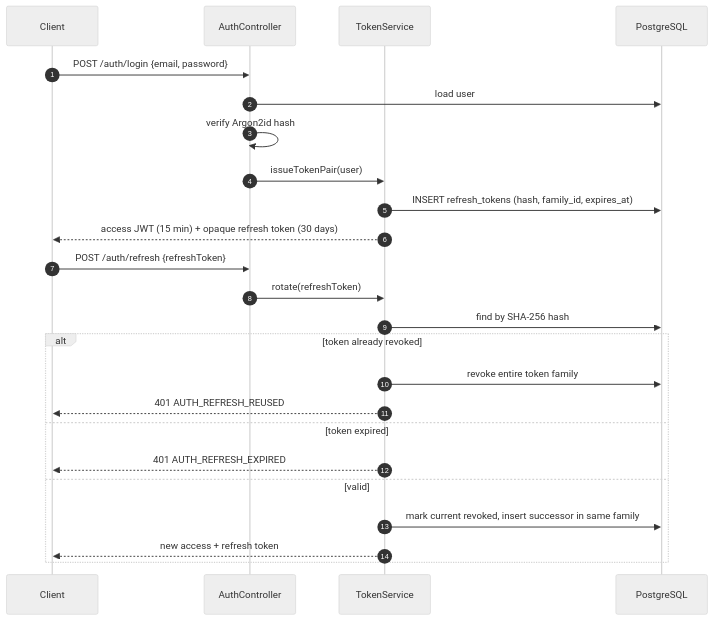
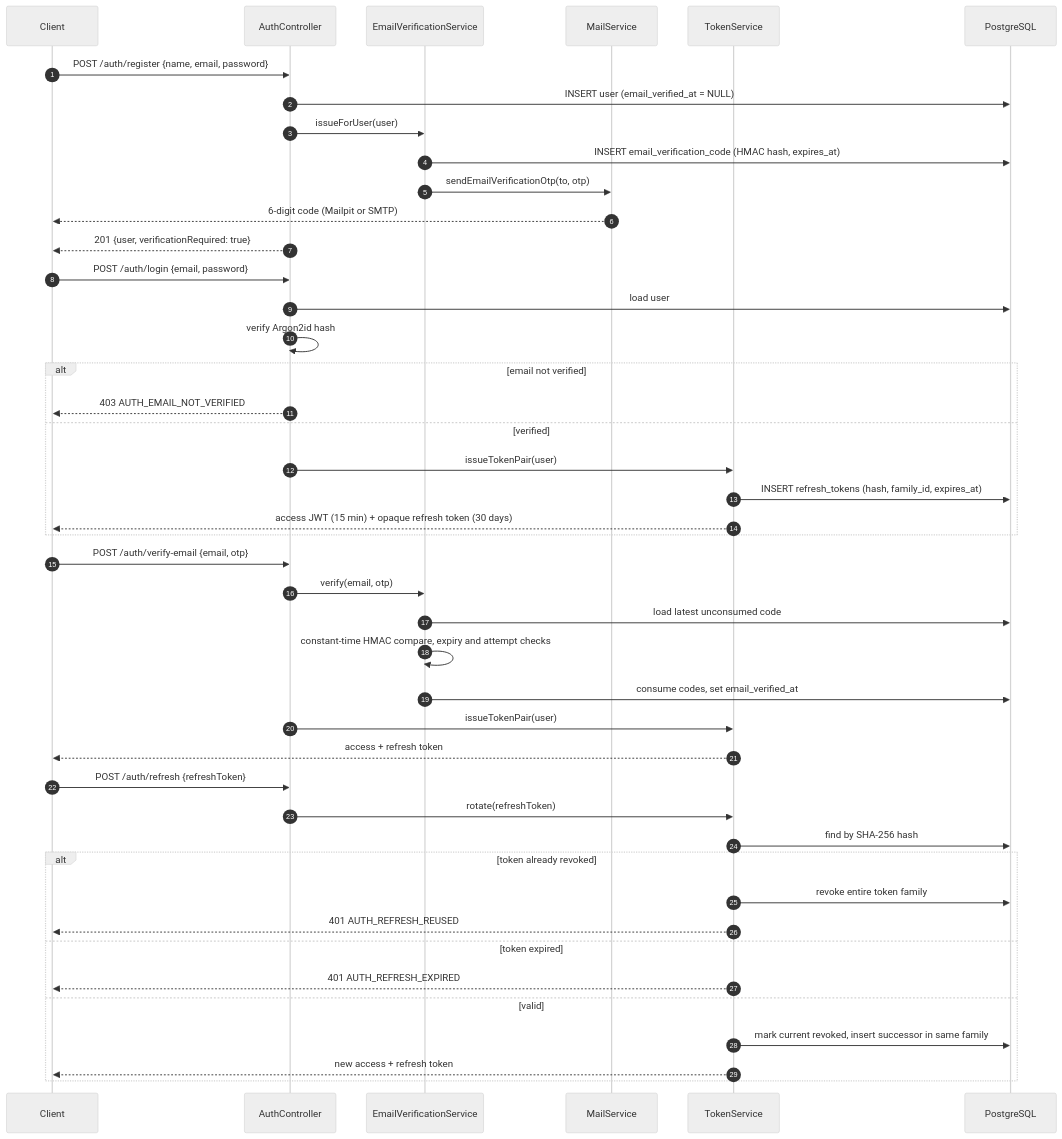
One commit to vikry28/medisense changed the third of 8 diagrams in infrastructure/doc/architecture.md. Above: the diagram before and after it, drawn with Mermaid (neutral theme). The commit also changed other lines of this file and 10 other files, not shown here.

First line of the commit message:
feat(auth): add email OTP verification and upgrade to Node 26

````diff
--- a/infrastructure/doc/architecture.md
+++ b/infrastructure/doc/architecture.md
@@ -242,28 +244,50 @@
 ```mermaid
 sequenceDiagram
   autonumber
   participant C as Client
   participant A as AuthController
+  participant V as EmailVerificationService
+  participant M as MailService
   participant T as TokenService
   participant P as PostgreSQL
+
+  C->>A: POST /auth/register {name, email, password}
+  A->>P: INSERT user (email_verified_at = NULL)
+  A->>V: issueForUser(user)
+  V->>P: INSERT email_verification_code (HMAC hash, expires_at)
+  V->>M: sendEmailVerificationOtp(to, otp)
+  M-->>C: 6-digit code (Mailpit or SMTP)
+  A-->>C: 201 {user, verificationRequired: true}
 
   C->>A: POST /auth/login {email, password}
   A->>P: load user
   A->>A: verify Argon2id hash
+  alt email not verified
+    A-->>C: 403 AUTH_EMAIL_NOT_VERIFIED
+  else verified
+    A->>T: issueTokenPair(user)
+    T->>P: INSERT refresh_tokens (hash, family_id, expires_at)
+    T-->>C: access JWT (15 min) + opaque refresh token (30 days)
+  end
+
+  C->>A: POST /auth/verify-email {email, otp}
+  A->>V: verify(email, otp)
+  V->>P: load latest unconsumed code
+  V->>V: constant-time HMAC compare, expiry and attempt checks
+  V->>P: consume codes, set email_verified_at
   A->>T: issueTokenPair(user)
-  T->>P: INSERT refresh_tokens (hash, family_id, expires_at)
-  T-->>C: access JWT (15 min) + opaque refresh token (30 days)
+  T-->>C: access + refresh token
 
   C->>A: POST /auth/refresh {refreshToken}
   A->>T: rotate(refreshToken)
   T->>P: find by SHA-256 hash
   alt token already revoked
     T->>P: revoke entire token family
     T-->>C: 401 AUTH_REFRESH_REUSED
   else token expired
     T-->>C: 401 AUTH_REFRESH_EXPIRED
   else valid
     T->>P: mark current revoked, insert successor in same family
     T-->>C: new access + refresh token
   end
 ```
````
